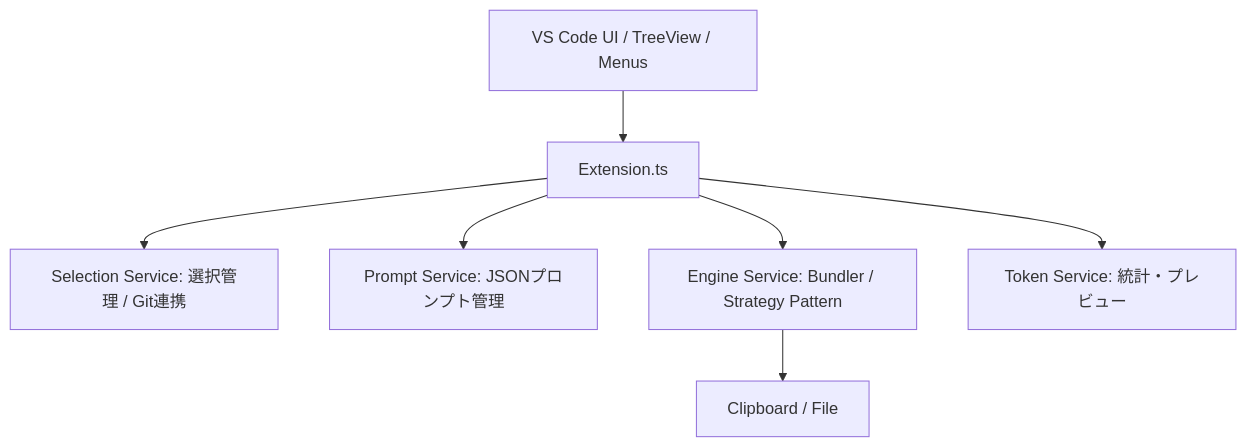
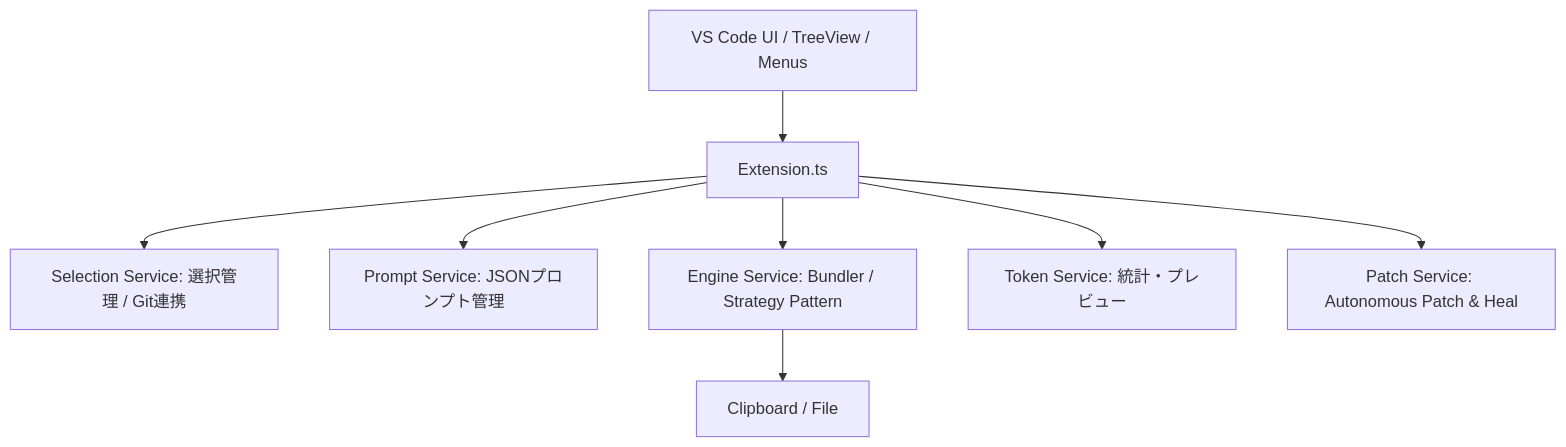
One commit to kimuradaichisi/codeprep changed the diagram in Requirements.md. Above: the diagram before and after it, drawn with Mermaid. The commit also changed other lines of this file and 31 other files, not shown here.

````diff
--- a/Requirements.md
+++ b/Requirements.md
@@ -7,9 +7,10 @@
 ```mermaid
 graph TD
     UI[VS Code UI / TreeView / Menus] --> Controller[Extension.ts]
     Controller --> SelectionService[Selection Service: 選択管理 / Git連携]
     Controller --> PromptService[Prompt Service: JSONプロンプト管理]
     Controller --> EngineService[Engine Service: Bundler / Strategy Pattern]
     Controller --> TokenService[Token Service: 統計・プレビュー]
+    Controller --> PatchService[Patch Service: Autonomous Patch & Heal]
     EngineService --> Output[Clipboard / File]
 ```
````
